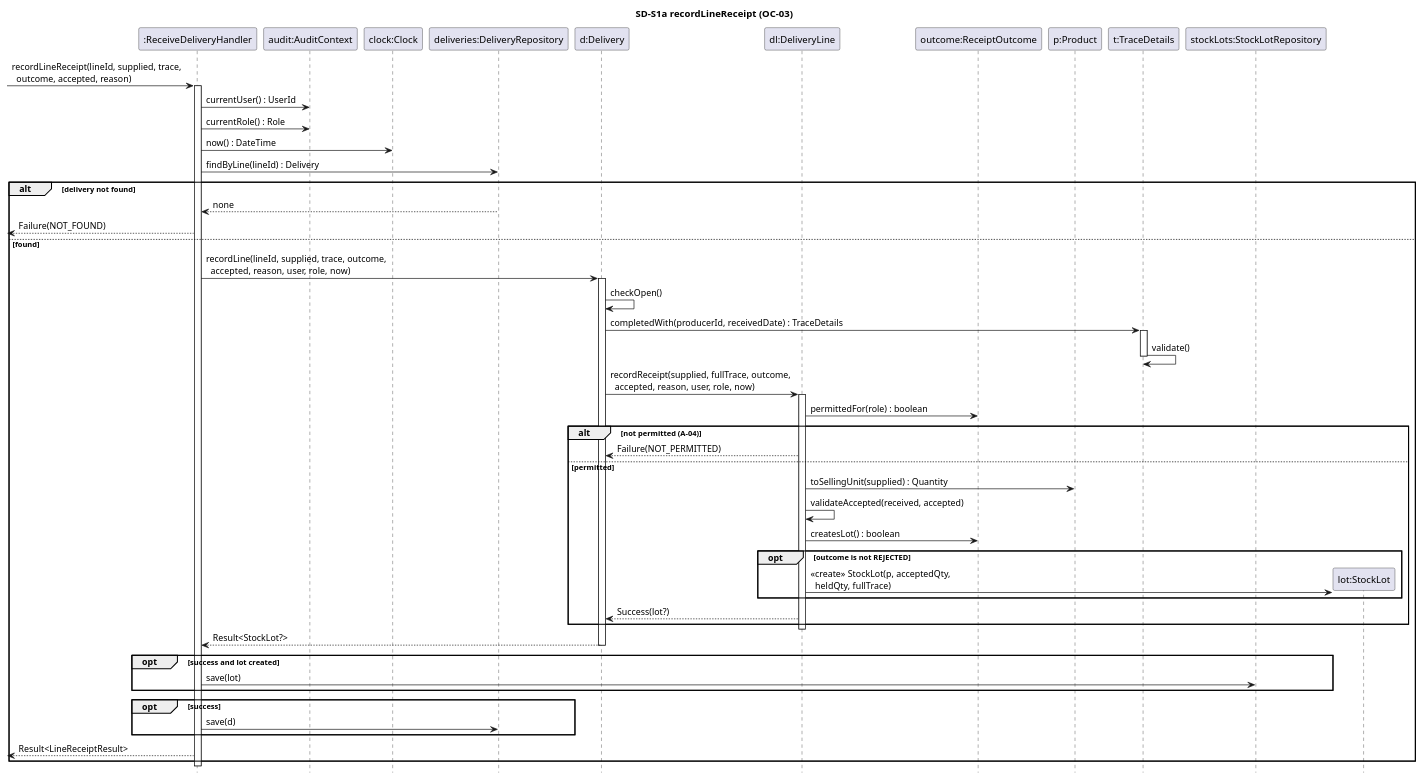
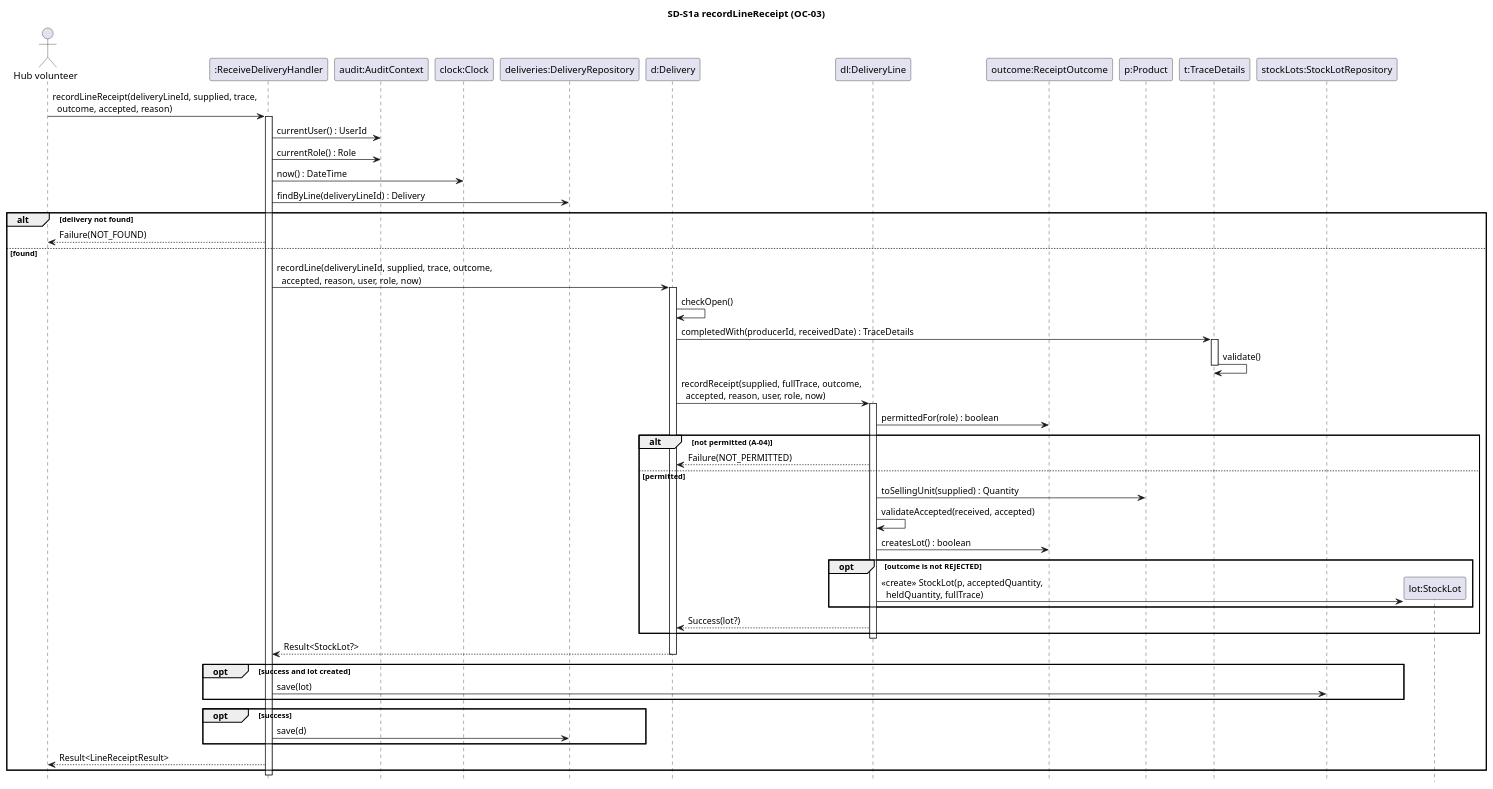
One commit to Geese4000/ca-analysis changed the diagram in design/sequence/SD-S1-record-line-receipt.puml. Above: the diagram before and after it, drawn with PlantUML. The commit also changed 13 other files, not shown here.

```diff
--- a/design/sequence/SD-S1-record-line-receipt.puml
+++ b/design/sequence/SD-S1-record-line-receipt.puml
@@ -1,65 +1,67 @@
 @startuml SD-S1-record-line-receipt
 ' Object-interaction sequence diagram for OC-03 recordLineReceipt (UC-02 steps 3-7, UC-11)
-' Every message here must exist as an operation in the design class diagram
+' First message matches SSD-S1 exactly; every other message is an operation in DCD-fragment-S1
 hide footbox
 skinparam shadowing false
 skinparam sequenceMessageAlign left
 
 title SD-S1a recordLineReceipt (OC-03)
 
+actor "Hub volunteer" as V
 participant ":ReceiveDeliveryHandler" as H
 participant "audit:AuditContext" as A
 participant "clock:Clock" as C
 participant "deliveries:DeliveryRepository" as DR
 participant "d:Delivery" as D
 participant "dl:DeliveryLine" as DL
 participant "outcome:ReceiptOutcome" as O
 participant "p:Product" as P
 participant "t:TraceDetails" as T
 participant "stockLots:StockLotRepository" as SR
 
--> H : recordLineReceipt(lineId, supplied, trace,\n  outcome, accepted, reason)
+V -> H : recordLineReceipt(deliveryLineId, supplied, trace,\n  outcome, accepted, reason)
 activate H
 H -> A : currentUser() : UserId
 H -> A : currentRole() : Role
 H -> C : now() : DateTime
-H -> DR : findByLine(lineId) : Delivery
+H -> DR : findByLine(deliveryLineId) : Delivery
 alt delivery not found
-  H <-- DR : none
-  <-- H : Failure(NOT_FOUND)
+  H --> V : Failure(NOT_FOUND)
 else found
-  H -> D : recordLine(lineId, supplied, trace, outcome,\n  accepted, reason, user, role, now)
+  H -> D : recordLine(deliveryLineId, supplied, trace, outcome,\n  accepted, reason, user, role, now)
   activate D
   D -> D : checkOpen()
+  ' Delivery is the expert on producer and date, so it completes the trace (UC-11)
   D -> T : completedWith(producerId, receivedDate) : TraceDetails
   activate T
   T -> T : validate()
   deactivate T
   D -> DL : recordReceipt(supplied, fullTrace, outcome,\n  accepted, reason, user, role, now)
   activate DL
   DL -> O : permittedFor(role) : boolean
   alt not permitted (A-04)
-    D <-- DL : Failure(NOT_PERMITTED)
+    DL --> D : Failure(NOT_PERMITTED)
   else permitted
     DL -> P : toSellingUnit(supplied) : Quantity
     DL -> DL : validateAccepted(received, accepted)
     DL -> O : createsLot() : boolean
+    ' Creator (DR-006): the line holds the initialising data, so it creates the lot
     opt outcome is not REJECTED
       create "lot:StockLot" as L
-      DL -> L : <<create>> StockLot(p, acceptedQty,\n  heldQty, fullTrace)
+      DL -> L : <<create>> StockLot(p, acceptedQuantity,\n  heldQuantity, fullTrace)
     end
-    D <-- DL : Success(lot?)
+    DL --> D : Success(lot?)
   end
   deactivate DL
-  H <-- D : Result<StockLot?>
+  D --> H : Result<StockLot?>
   deactivate D
   opt success and lot created
     H -> SR : save(lot)
   end
   opt success
     H -> DR : save(d)
   end
-  <-- H : Result<LineReceiptResult>
+  H --> V : Result<LineReceiptResult>
 end
 deactivate H
 @enduml
```
